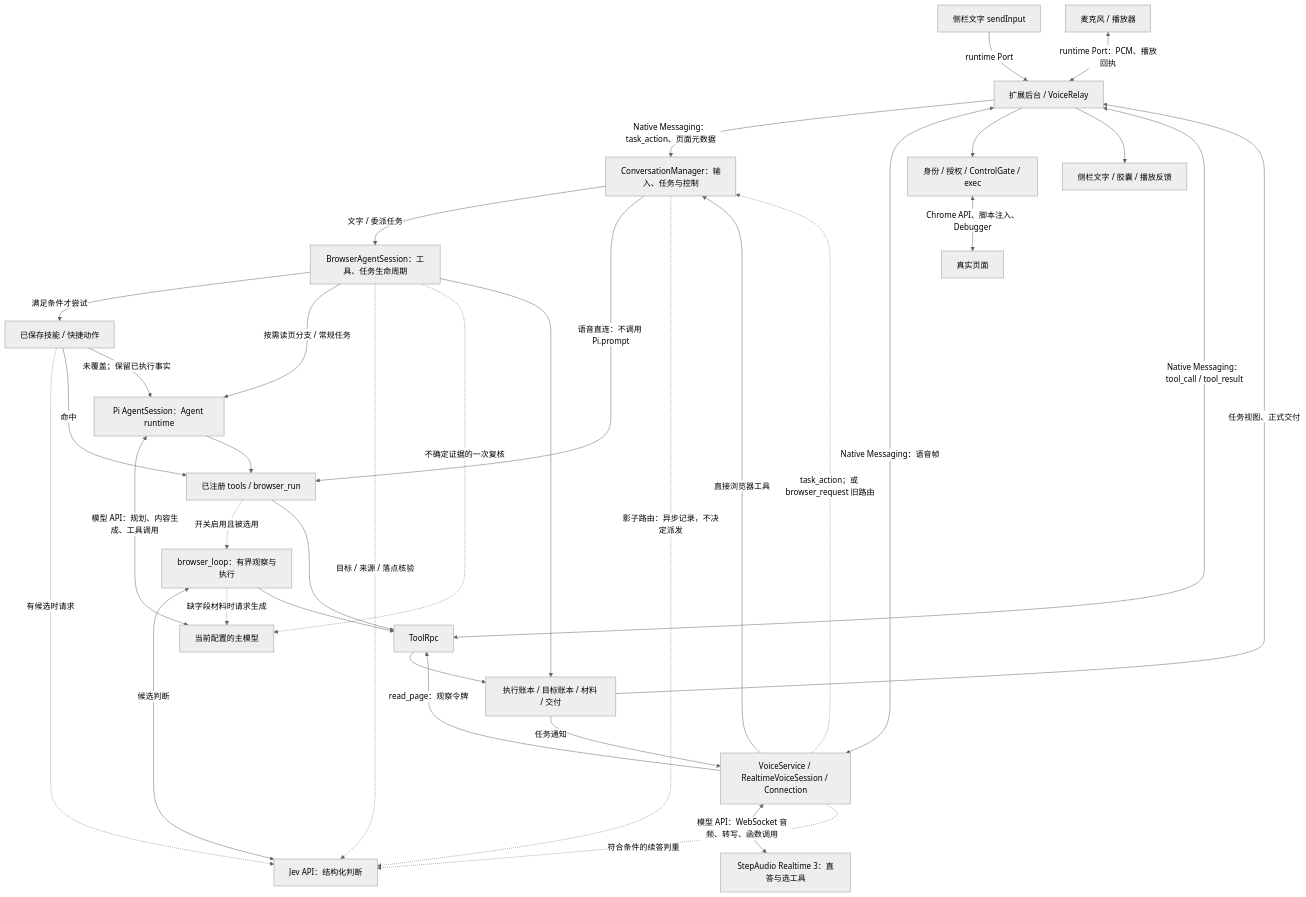
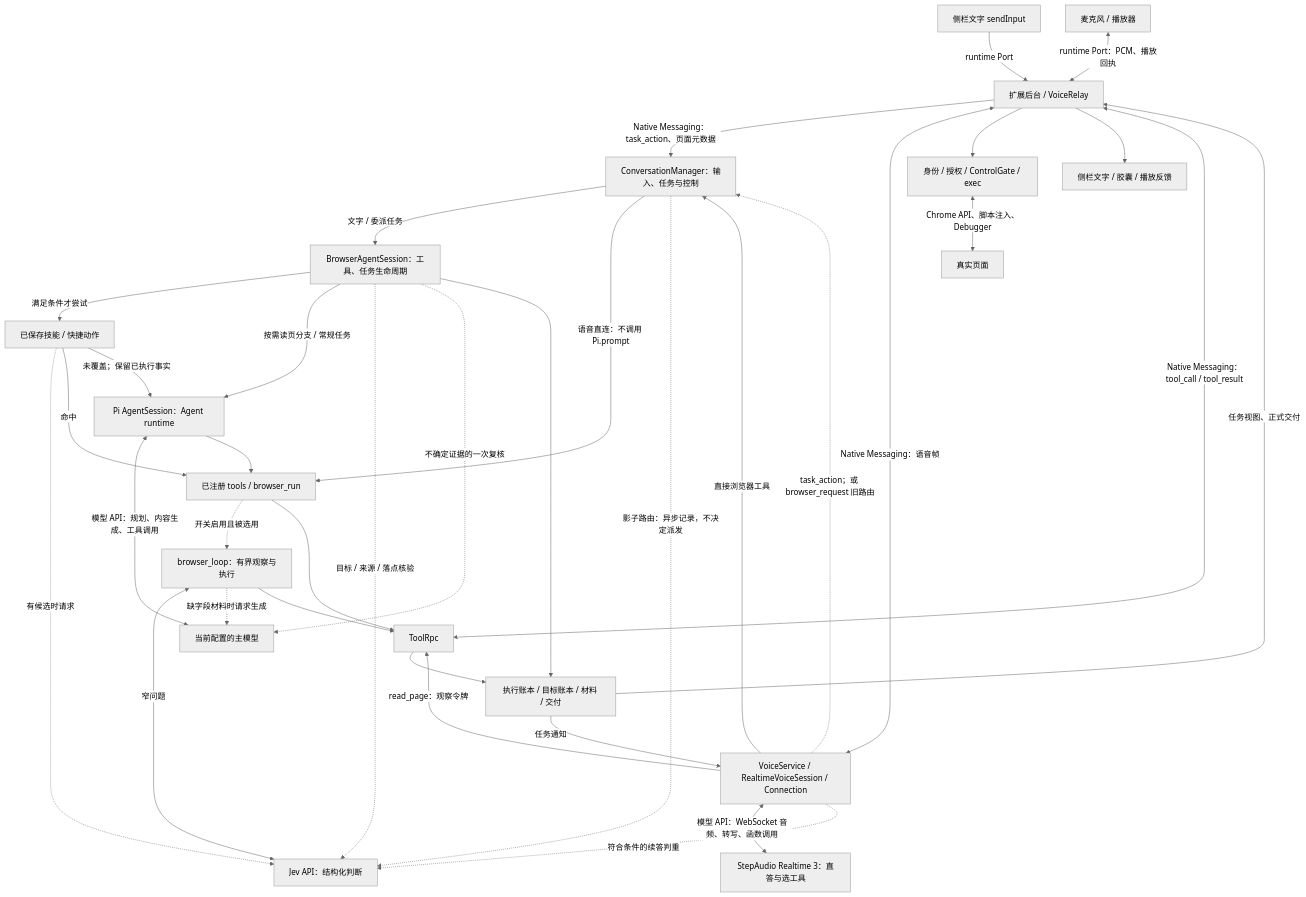
Before and after one commit to yishu-ziyu/By-Your-Side: the diagram in docs/architecture.md, drawn with Mermaid (neutral theme). The commit also changed other lines of this file and 6 other files, not shown here.

````diff
--- a/docs/architecture.md
+++ b/docs/architecture.md
@@ -17,37 +17,37 @@
 ```mermaid
 flowchart TD
   Text[侧栏文字 sendInput] -->|runtime Port| BG[扩展后台 / VoiceRelay]
   Audio[麦克风 / 播放器] <-->|runtime Port：PCM、播放回执| BG
   BG -->|Native Messaging：task_action、页面元数据| CM[ConversationManager：输入、任务与控制]
   BG <-->|Native Messaging：语音帧| VS[VoiceService / RealtimeVoiceSession / Connection]
   VS <-->|模型 API：WebSocket 音频、转写、函数调用| RT[StepAudio Realtime 3：直答与选工具]
   VS -->|直接浏览器工具| CM
   VS -.->|task_action；或 browser_request 旧路由| CM
   CM -->|文字 / 委派任务| Session[BrowserAgentSession：工具、任务生命周期]
   Session -->|满足条件才尝试| Fast[已保存技能 / 快捷动作]
   Fast -.->|有候选时请求| Jev[Jev API：结构化判断]
   Fast -->|命中| Tools[已注册 tools / browser_run]
   Fast -->|未覆盖；保留已执行事实| Pi[Pi AgentSession：Agent runtime]
   Session -->|按需读页分支 / 常规任务| Pi
   Pi <-->|模型 API：规划、内容生成、工具调用| LLM[当前配置的主模型]
   Pi --> Tools
   Tools -.->|开关启用且被选用| Loop[browser_loop：有界观察与执行]
-  Loop <-->|候选判断| Jev
+  Loop <-->|窄问题| Jev
   Loop -.->|缺字段材料时请求生成| LLM
   CM -->|语音直连：不调用 Pi.prompt| Tools
   VS -->|read_page：观察令牌| RPC[ToolRpc]
   Tools --> RPC
   Loop --> RPC
   RPC <-->|Native Messaging：tool_call / tool_result| BG
   BG --> Gate[身份 / 授权 / ControlGate / exec]
   Gate <-->|Chrome API、脚本注入、Debugger| Page[真实页面]
   Session -.->|目标 / 来源 / 落点核验| Jev
   Session -.->|不确定证据的一次复核| LLM
   RPC --> Facts[执行账本 / 目标账本 / 材料 / 交付]
   Session --> Facts
   Facts -->|任务视图、正式交付| BG
   Facts -->|任务通知| VS
   BG --> UI[侧栏文字 / 胶囊 / 播放反馈]
   VS -.->|符合条件的续答判重| Jev
   CM -.->|影子路由：异步记录，不决定派发| Jev
 ```
````
